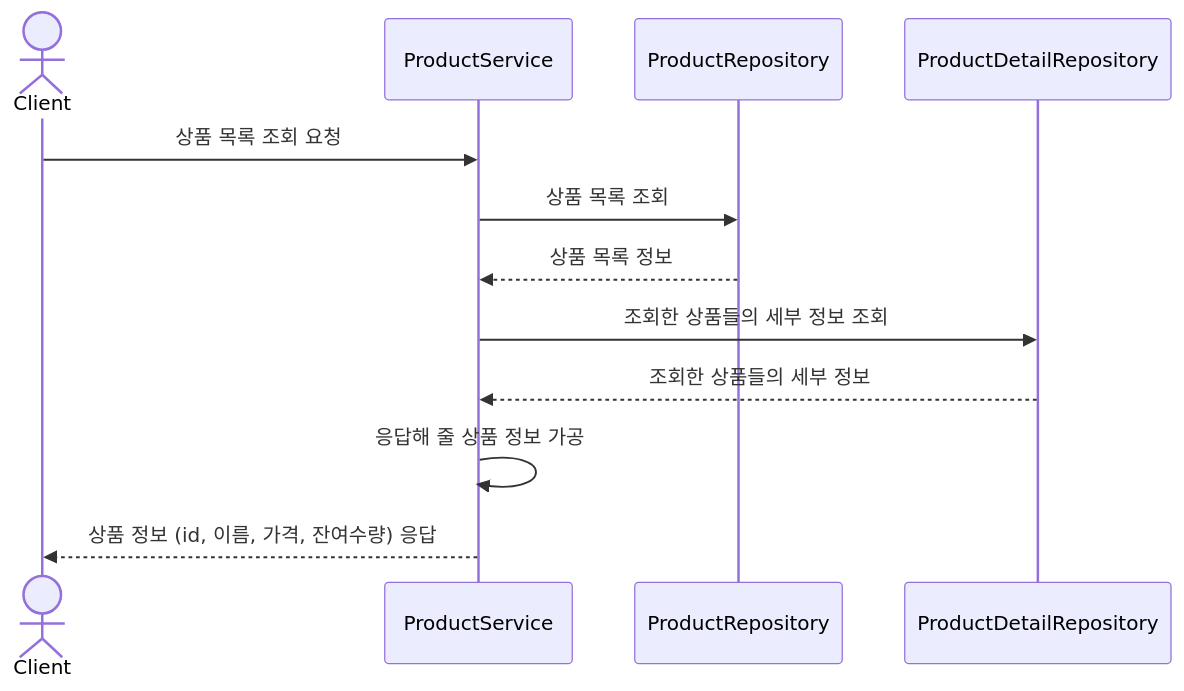
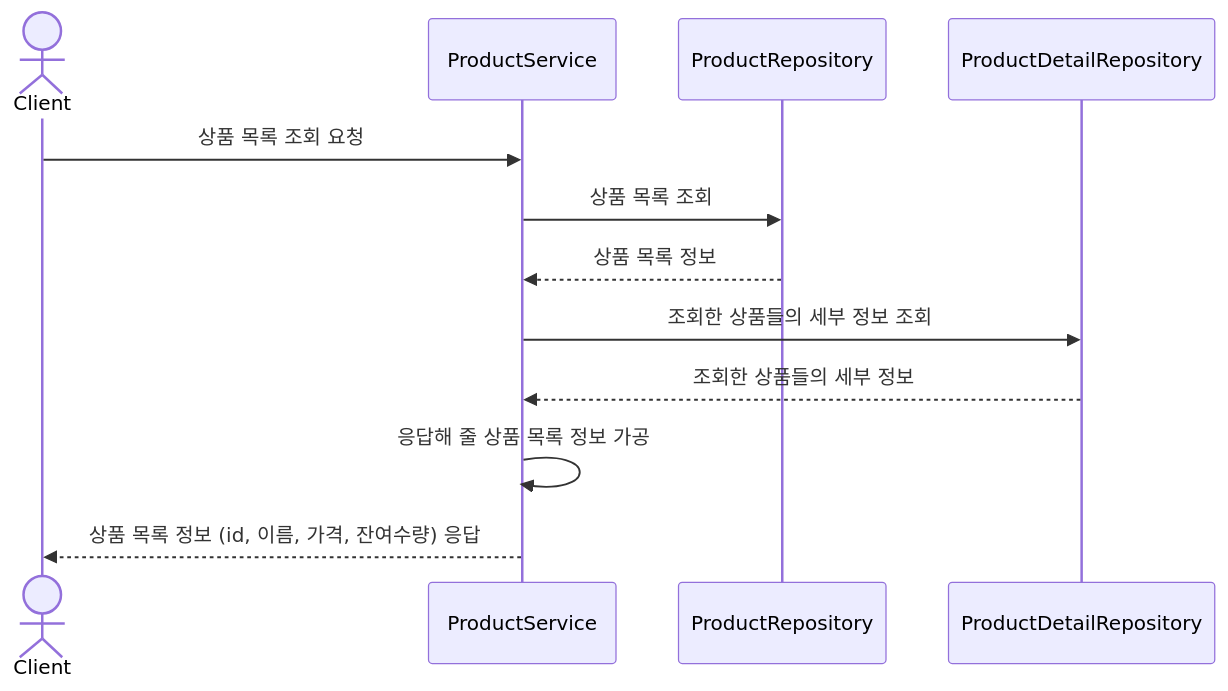
Before and after one commit to lgm1007/hhplus_ecommerce: the third of 10 diagrams in docs/SEQUENCE_DIAGRAM.md, drawn with Mermaid. The commit also changed other lines of this file, not shown here.

Commit message:
docs: 시퀀스 다이어그램 명세 문서에 특정 상품 조회 추가

````diff
--- a/docs/SEQUENCE_DIAGRAM.md
+++ b/docs/SEQUENCE_DIAGRAM.md
@@ -50,15 +51,15 @@
 ```mermaid
 sequenceDiagram
     actor Client
     participant ProductService
     participant ProductRepository
     participant ProductDetailRepository
 
     Client ->> ProductService: 상품 목록 조회 요청
     ProductService ->> ProductRepository: 상품 목록 조회
     ProductRepository -->> ProductService: 상품 목록 정보
     ProductService ->> ProductDetailRepository: 조회한 상품들의 세부 정보 조회
     ProductDetailRepository -->> ProductService: 조회한 상품들의 세부 정보
-    ProductService ->> ProductService: 응답해 줄 상품 정보 가공
-    ProductService -->> Client: 상품 정보 (id, 이름, 가격, 잔여수량) 응답
+    ProductService ->> ProductService: 응답해 줄 상품 목록 정보 가공
+    ProductService -->> Client: 상품 목록 정보 (id, 이름, 가격, 잔여수량) 응답
 ```
````
